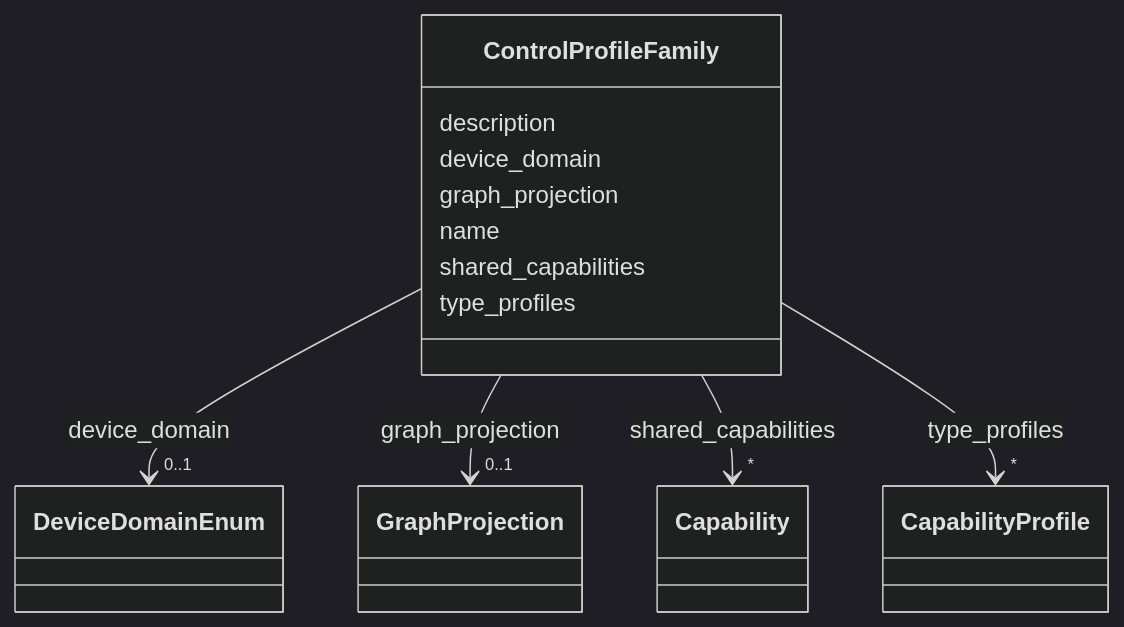
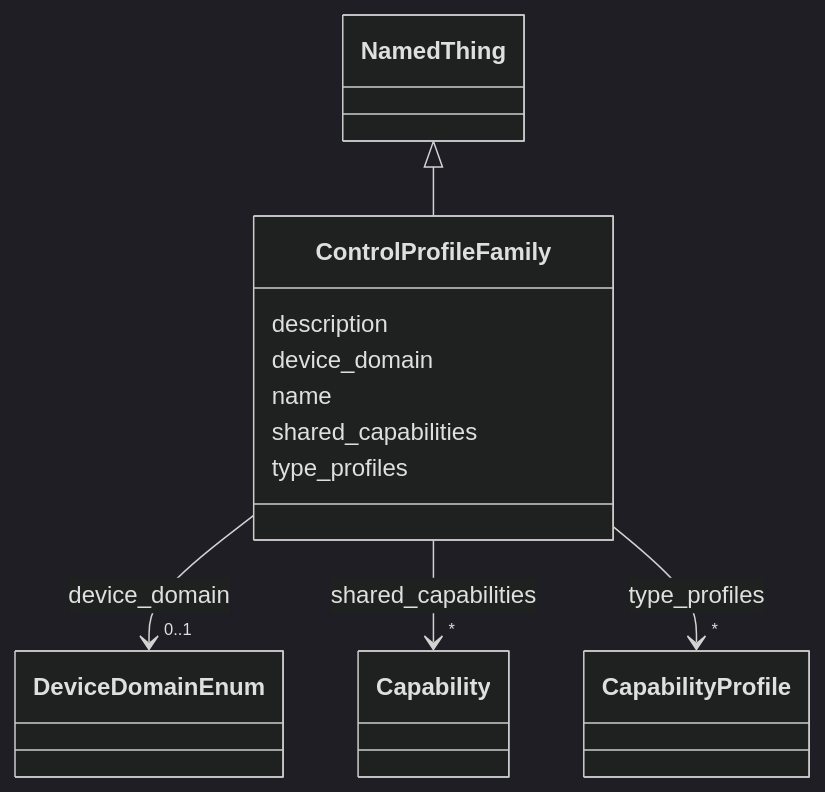
One commit to pals-project/pals-facility-config changed the diagram in docs_narad/ControlProfileFamily.md. Above: the diagram before and after it, drawn with Mermaid (dark theme). The commit also changed other lines of this file and 235 other files, not shown here.

Commit message:
aligned schema to SOSA SNN, gen-project gendocs and validate all work

````diff
--- a/docs_narad/ControlProfileFamily.md
+++ b/docs_narad/ControlProfileFamily.md
@@ -18,54 +18,46 @@
 ```mermaid
  classDiagram
     class ControlProfileFamily
     click ControlProfileFamily href "../ControlProfileFamily/"
+      NamedThing <|-- ControlProfileFamily
+        click NamedThing href "../NamedThing/"
+      
       ControlProfileFamily : description
         
       ControlProfileFamily : device_domain
         
           
     
         
         
         ControlProfileFamily --> "0..1" DeviceDomainEnum : device_domain
         click DeviceDomainEnum href "../DeviceDomainEnum/"
-    
-
-        
-      ControlProfileFamily : graph_projection
-        
-          
-    
-        
-        
-        ControlProfileFamily --> "0..1" GraphProjection : graph_projection
-        click GraphProjection href "../GraphProjection/"
     
 
         
       ControlProfileFamily : name
         
       ControlProfileFamily : shared_capabilities
         
           
     
         
         
         ControlProfileFamily --> "*" Capability : shared_capabilities
         click Capability href "../Capability/"
     
 
         
       ControlProfileFamily : type_profiles
         
           
     
         
         
         ControlProfileFamily --> "*" CapabilityProfile : type_profiles
         click CapabilityProfile href "../CapabilityProfile/"
     
 
         
       
 ```
````
